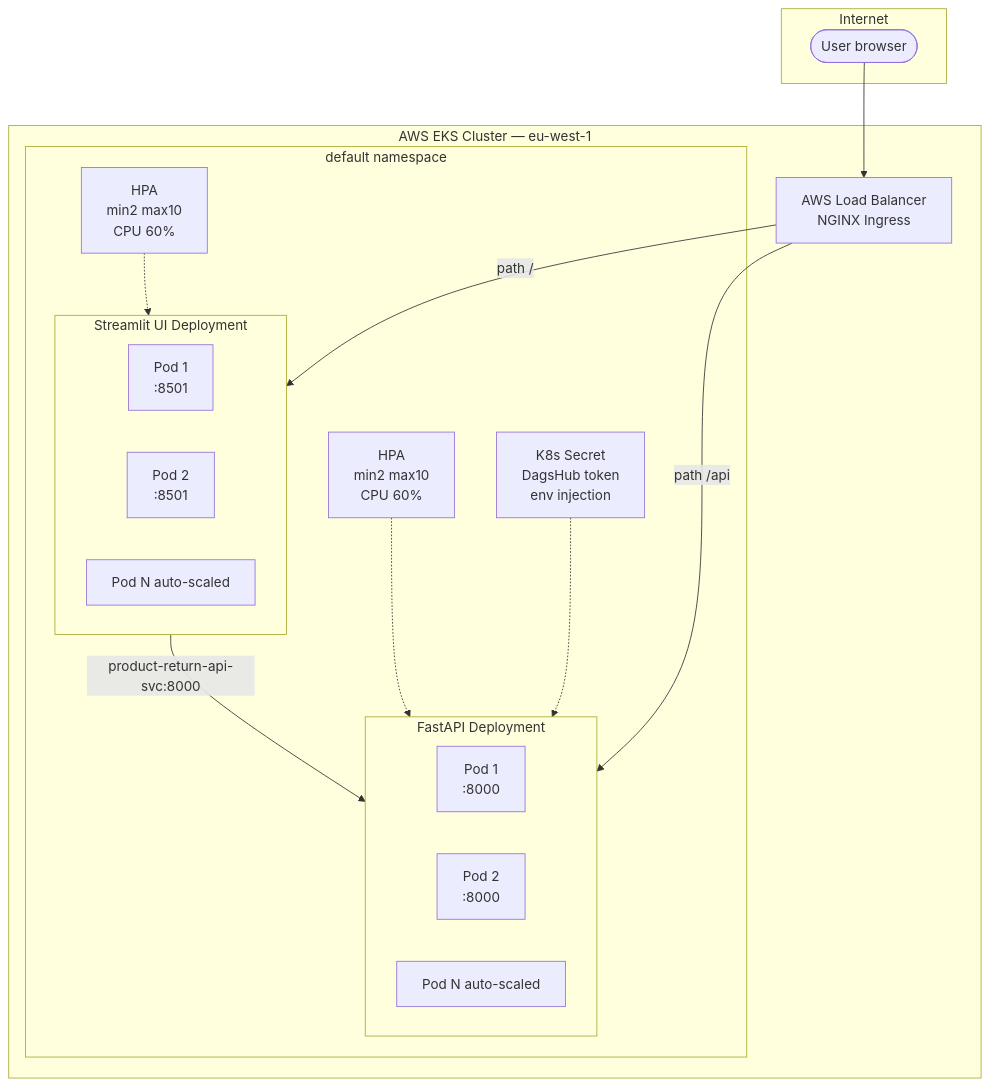
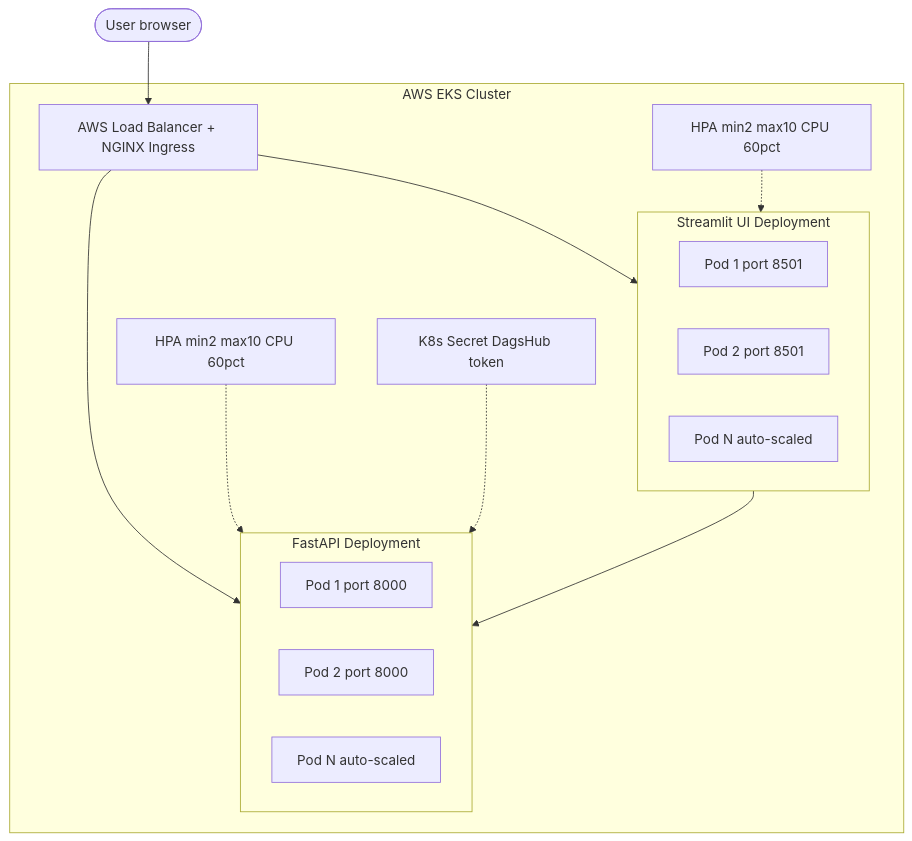
Before and after one commit to Amith-Ganta/MLOPS-mlflow-DagsHub-DVC-Airflow: the fifth of 6 diagrams in README.md, drawn with Mermaid. The commit also changed other lines of this file, not shown here.

First line of the commit message:
docs: fix all 6 Mermaid diagrams for GitHub rendering

````diff
--- a/README.md
+++ b/README.md
@@ -161,34 +166,28 @@
 ```mermaid
 graph TD
-    subgraph NET ["Internet"]
-        USER([User browser])
+    USER([User browser]) --> LB
+
+    subgraph EKS [AWS EKS Cluster]
+        LB[AWS Load Balancer + NGINX Ingress]
+
+        subgraph UI_DEP [Streamlit UI Deployment]
+            UI1[Pod 1 port 8501]
+            UI2[Pod 2 port 8501]
+            UIN[Pod N auto-scaled]
+        end
+
+        subgraph API_DEP [FastAPI Deployment]
+            A1[Pod 1 port 8000]
+            A2[Pod 2 port 8000]
+            AN[Pod N auto-scaled]
+        end
+
+        HPA_UI[HPA min2 max10 CPU 60pct] -.-> UI_DEP
+        HPA_API[HPA min2 max10 CPU 60pct] -.-> API_DEP
+        SEC[K8s Secret DagsHub token] -.-> API_DEP
     end
 
-    subgraph EKS ["AWS EKS Cluster — eu-west-1"]
-        LB[AWS Load Balancer\nNGINX Ingress]
-
-        subgraph NS ["default namespace"]
-            subgraph UIDEP ["Streamlit UI Deployment"]
-                UI1[Pod 1\n:8501]
-                UI2[Pod 2\n:8501]
-                UIN[Pod N auto-scaled]
-            end
-
-            subgraph APIDEP ["FastAPI Deployment"]
-                A1[Pod 1\n:8000]
-                A2[Pod 2\n:8000]
-                AN[Pod N auto-scaled]
-            end
-
-            HPAU[HPA\nmin2 max10\nCPU 60%] -.-> UIDEP
-            HPAA[HPA\nmin2 max10\nCPU 60%] -.-> APIDEP
-
-            SEC[K8s Secret\nDagsHub token\nenv injection] -.-> APIDEP
-        end
-    end
-
-    USER --> LB
-    LB -->|path /| UIDEP
-    LB -->|path /api| APIDEP
-    UIDEP -->|product-return-api-svc:8000| APIDEP
+    LB --> UI_DEP
+    LB --> API_DEP
+    UI_DEP --> API_DEP
 ```
````
